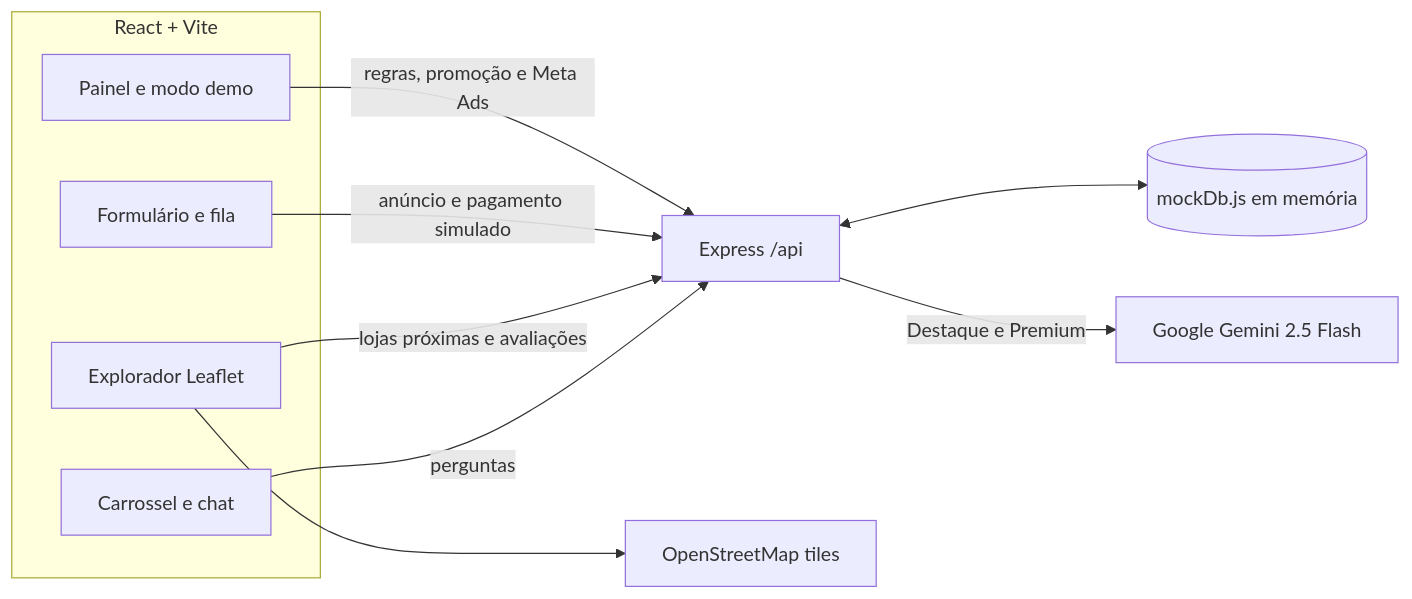
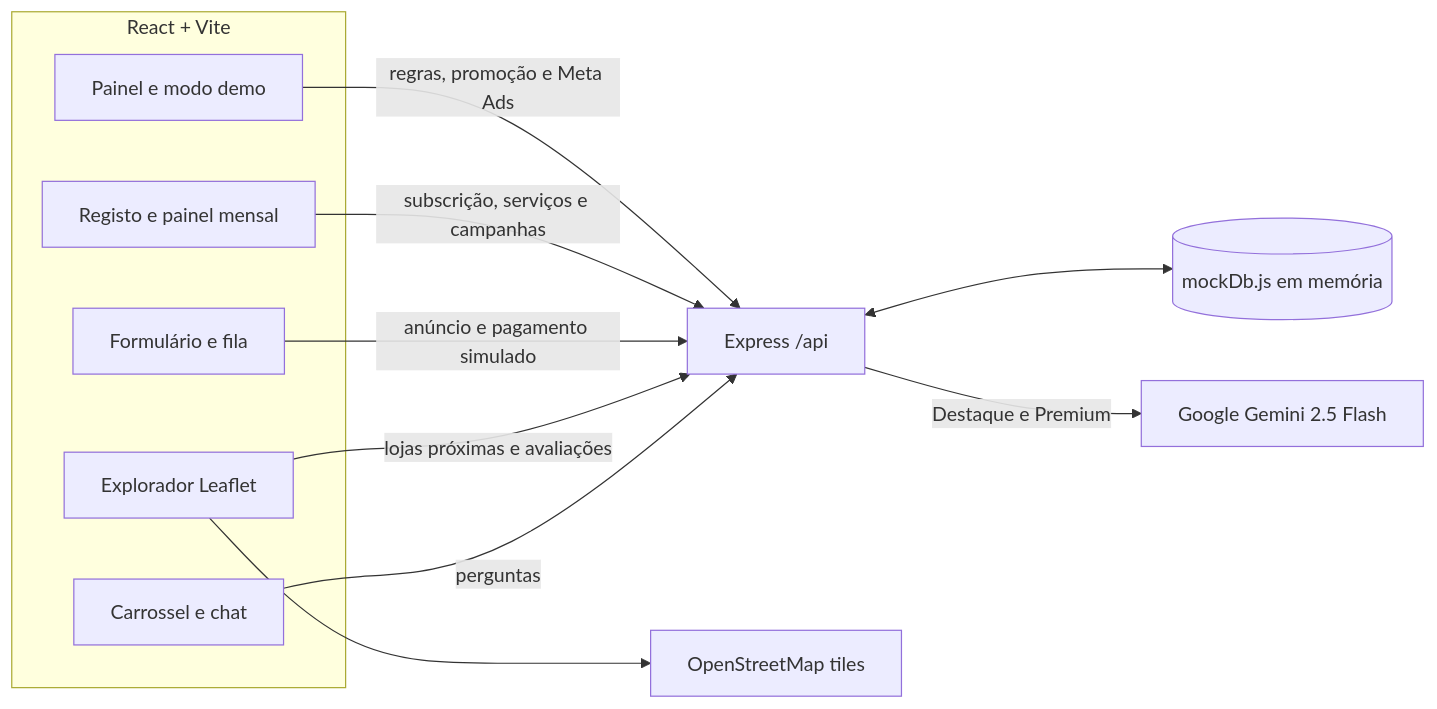
The diagram in README.md (Mussussa/chimoio-bolas), drawn with Mermaid before and after one commit. The commit also changed other lines of this file, not shown here.

````diff
--- a/README.md
+++ b/README.md
@@ -37,20 +62,22 @@
 ```mermaid
 flowchart LR
   subgraph Frontend[React + Vite]
     Home[Carrossel e chat]
     Map[Explorador Leaflet]
     Seller[Formulário e fila]
+    Provider[Registo e painel mensal]
     Admin[Painel e modo demo]
   end
   API[Express /api]
   DB[(mockDb.js em memória)]
   Gemini[Google Gemini 2.5 Flash]
   OSM[OpenStreetMap tiles]
   Home -->|perguntas| API
   Map -->|lojas próximas e avaliações| API
   Seller -->|anúncio e pagamento simulado| API
+  Provider -->|subscrição, serviços e campanhas| API
   Admin -->|regras, promoção e Meta Ads| API
   API <--> DB
   API -->|Destaque e Premium| Gemini
   Map --> OSM
 ```
````
